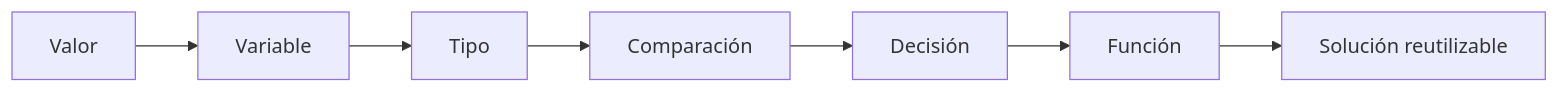
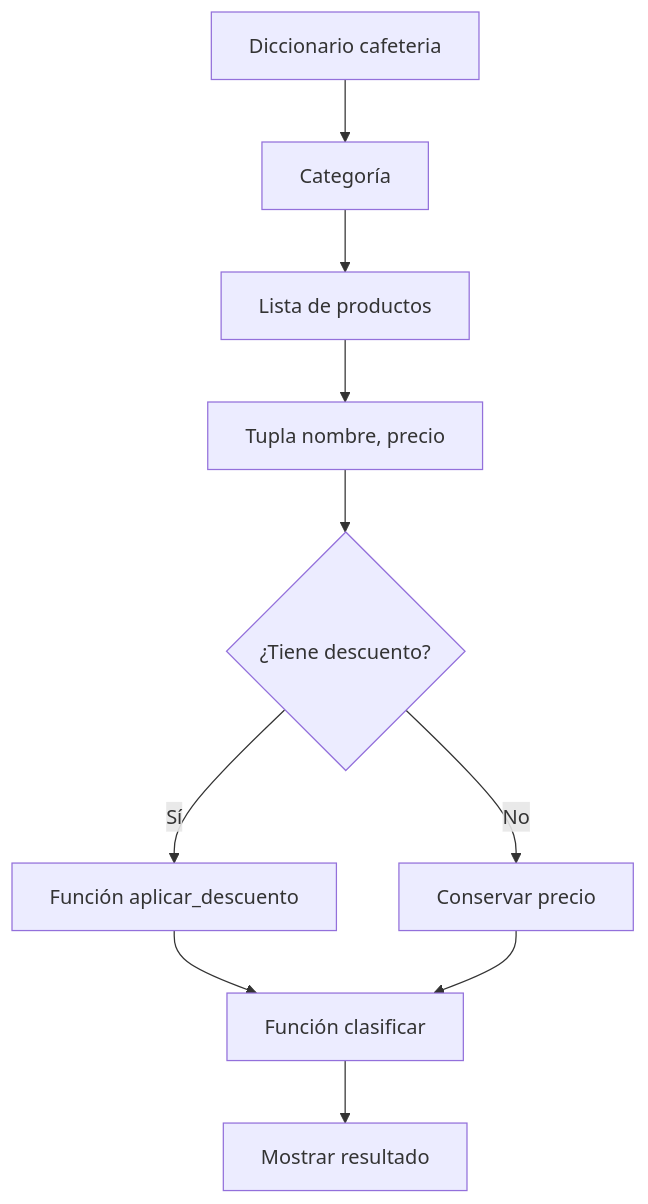
One commit to DIALVEBE/DataScienceProgramming changed the ninth of 11 diagrams in sessions/session-01_es.md. Above: the diagram before and after it, drawn with Mermaid. The commit also changed other lines of this file and 9 other files, not shown here.

````diff
--- a/sessions/session-01_es.md
+++ b/sessions/session-01_es.md
@@ -753,9 +761,12 @@
 ```mermaid
-flowchart LR
-    A[Valor] --> B[Variable]
-    B --> C[Tipo]
-    C --> D[Comparación]
-    D --> E[Decisión]
-    E --> F[Función]
-    F --> G[Solución reutilizable]
+flowchart TD
+    A[Diccionario cafeteria] --> B[Categoría]
+    B --> C[Lista de productos]
+    C --> D[Tupla nombre, precio]
+    D --> E{¿Tiene descuento?}
+    E -- Sí --> F[Función aplicar_descuento]
+    E -- No --> G[Conservar precio]
+    F --> H[Función clasificar]
+    G --> H
+    H --> I[Mostrar resultado]
 ```
````
